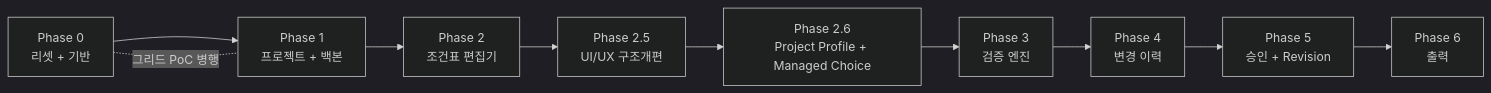
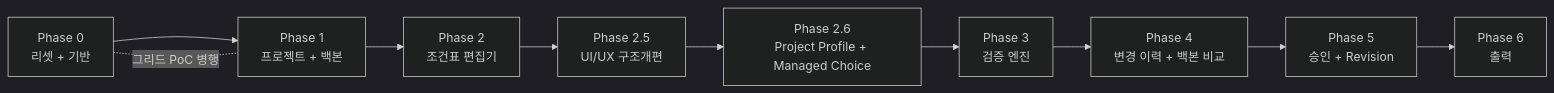
Before and after one commit to Middleages/process-condition-manager: the diagram in plan/04-roadmap.md, drawn with Mermaid (dark theme). The commit also changed other lines of this file and 6 other files, not shown here.

````diff
--- a/plan/04-roadmap.md
+++ b/plan/04-roadmap.md
@@ -9,12 +9,12 @@
 ```mermaid
 flowchart LR
     P0[Phase 0<br/>리셋 + 기반] --> P1[Phase 1<br/>프로젝트 + 백본]
     P0 -.그리드 PoC 병행.- P1
     P1 --> P2[Phase 2<br/>조건표 편집기]
     P2 --> P25[Phase 2.5<br/>UI/UX 구조개편]
     P25 --> P26[Phase 2.6<br/>Project Profile + Managed Choice]
     P26 --> P3[Phase 3<br/>검증 엔진]
-    P3 --> P4[Phase 4<br/>변경 이력]
+    P3 --> P4[Phase 4<br/>변경 이력 + 백본 비교]
     P4 --> P5[Phase 5<br/>승인 + Revision]
     P5 --> P6[Phase 6<br/>출력]
 ```
````
